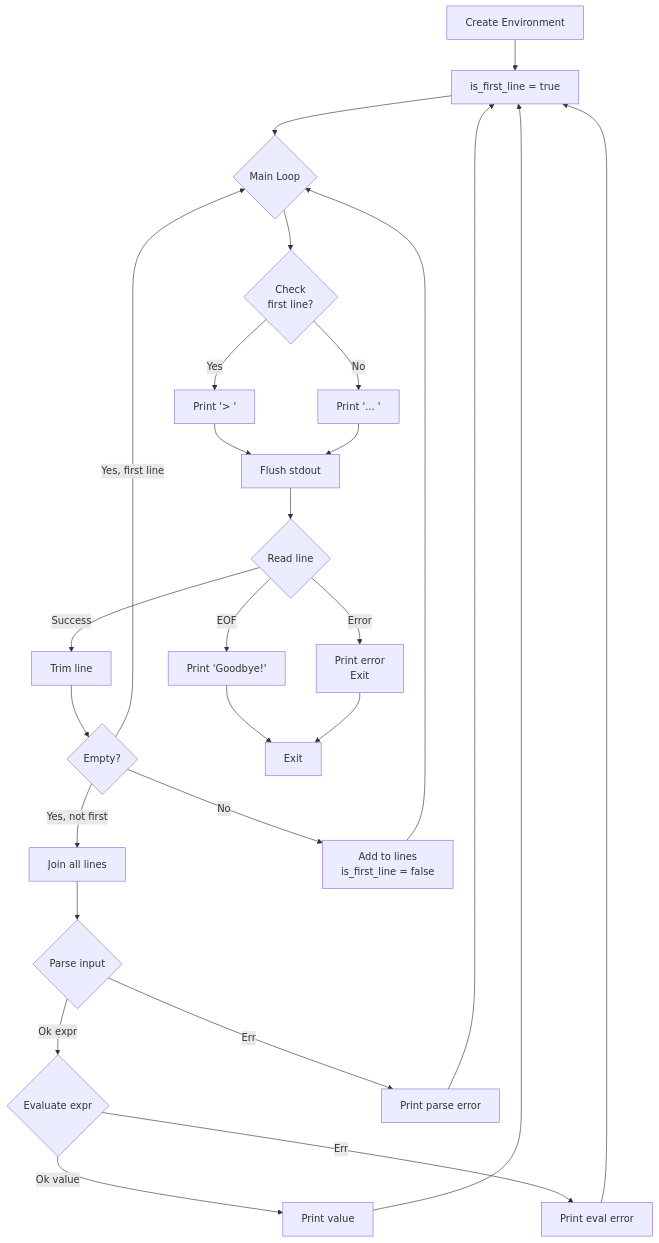
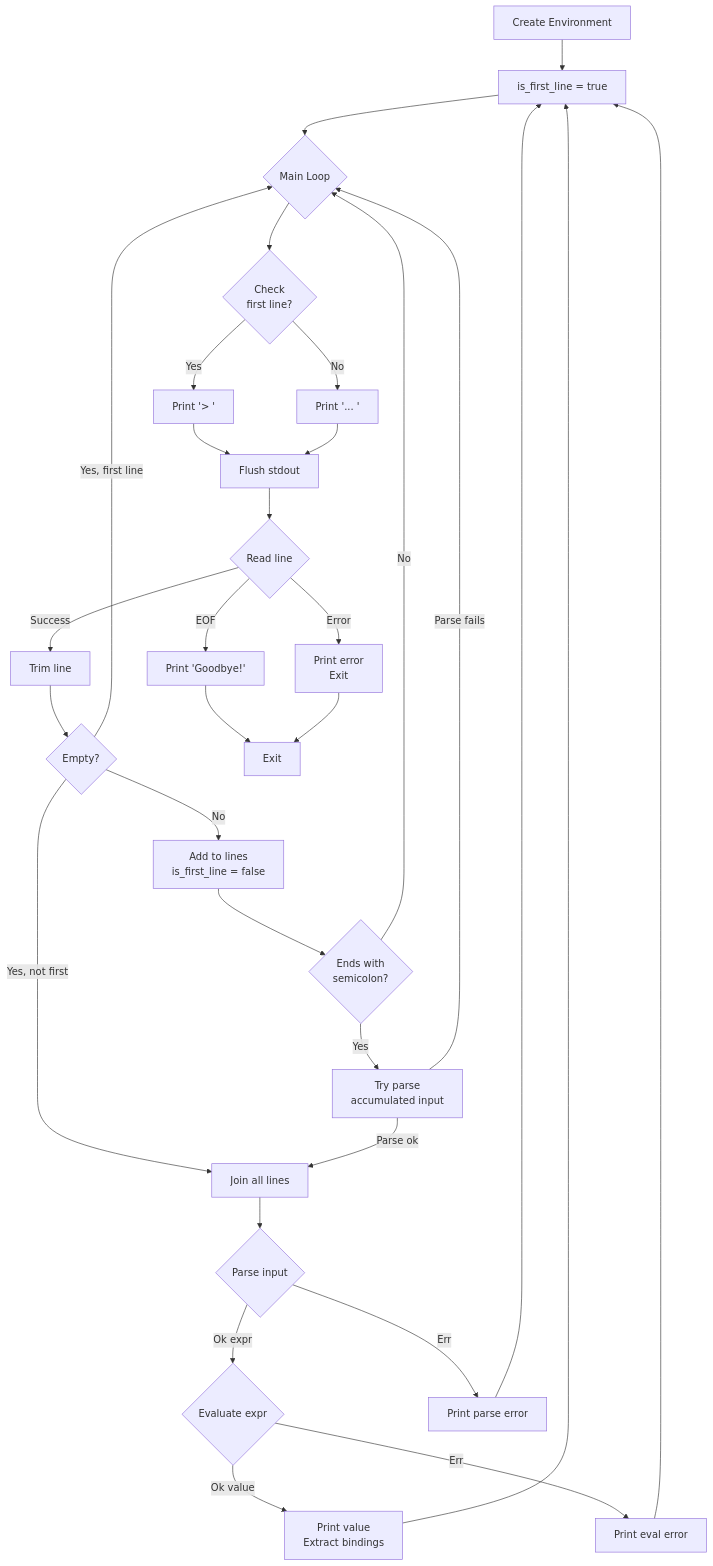
Before and after one commit to vansweej/parlang: the fifth of 10 diagrams in docs/MODULE_MAIN.md, drawn with Mermaid. The commit also changed other lines of this file and 2 other files, not shown here.

````diff
--- a/docs/MODULE_MAIN.md
+++ b/docs/MODULE_MAIN.md
@@ -263,40 +264,45 @@
 ```mermaid
 flowchart TD
     START[Create Environment] --> INIT[is_first_line = true]
     INIT --> LOOP{Main Loop}
     
     LOOP --> PROMPT{Check<br/>first line?}
     PROMPT -->|Yes| PROMPT_GT[Print '> ']
     PROMPT -->|No| PROMPT_DOT[Print '... ']
     
     PROMPT_GT --> FLUSH[Flush stdout]
     PROMPT_DOT --> FLUSH
     
     FLUSH --> READ{Read line}
     
     READ -->|EOF| GOODBYE[Print 'Goodbye!']
     READ -->|Error| ERROR[Print error<br/>Exit]
     READ -->|Success| TRIM[Trim line]
     
     TRIM --> EMPTY{Empty?}
     EMPTY -->|Yes, first line| LOOP
     EMPTY -->|Yes, not first| PARSE_ALL[Join all lines]
     EMPTY -->|No| ACCUMULATE[Add to lines<br/>is_first_line = false]
     
-    ACCUMULATE --> LOOP
+    ACCUMULATE --> CHECK_SEMI{Ends with<br/>semicolon?}
+    CHECK_SEMI -->|No| LOOP
+    CHECK_SEMI -->|Yes| TRY_PARSE[Try parse<br/>accumulated input]
+    
+    TRY_PARSE -->|Parse ok| PARSE_ALL
+    TRY_PARSE -->|Parse fails| LOOP
     
     PARSE_ALL --> PARSE{Parse input}
     
     PARSE -->|Ok expr| EVAL{Evaluate expr}
     PARSE -->|Err| PARSE_ERR[Print parse error]
     
-    EVAL -->|Ok value| PRINT_VAL[Print value]
+    EVAL -->|Ok value| PRINT_VAL[Print value<br/>Extract bindings]
     EVAL -->|Err| EVAL_ERR[Print eval error]
     
     PRINT_VAL --> INIT
     PARSE_ERR --> INIT
     EVAL_ERR --> INIT
     
     GOODBYE --> END[Exit]
     ERROR --> END
 ```
````
